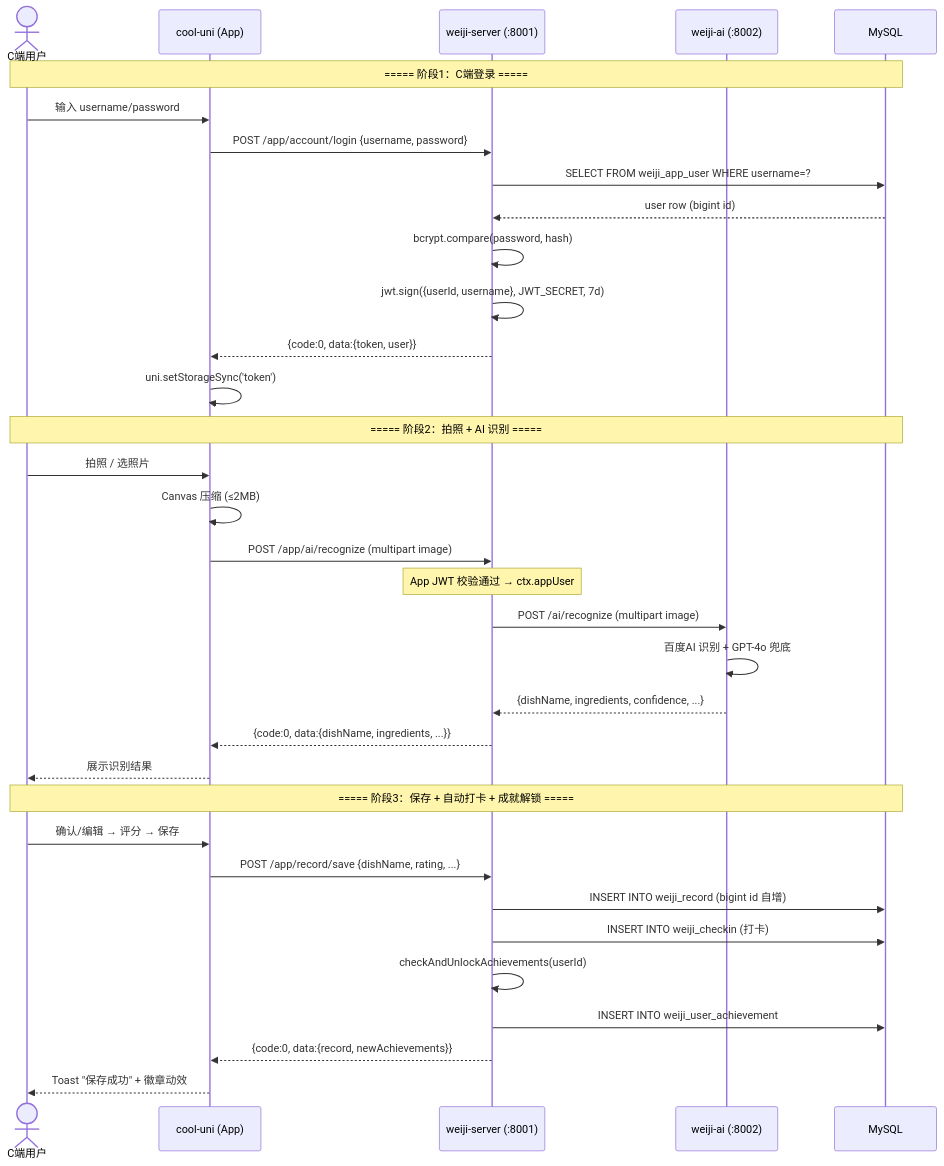
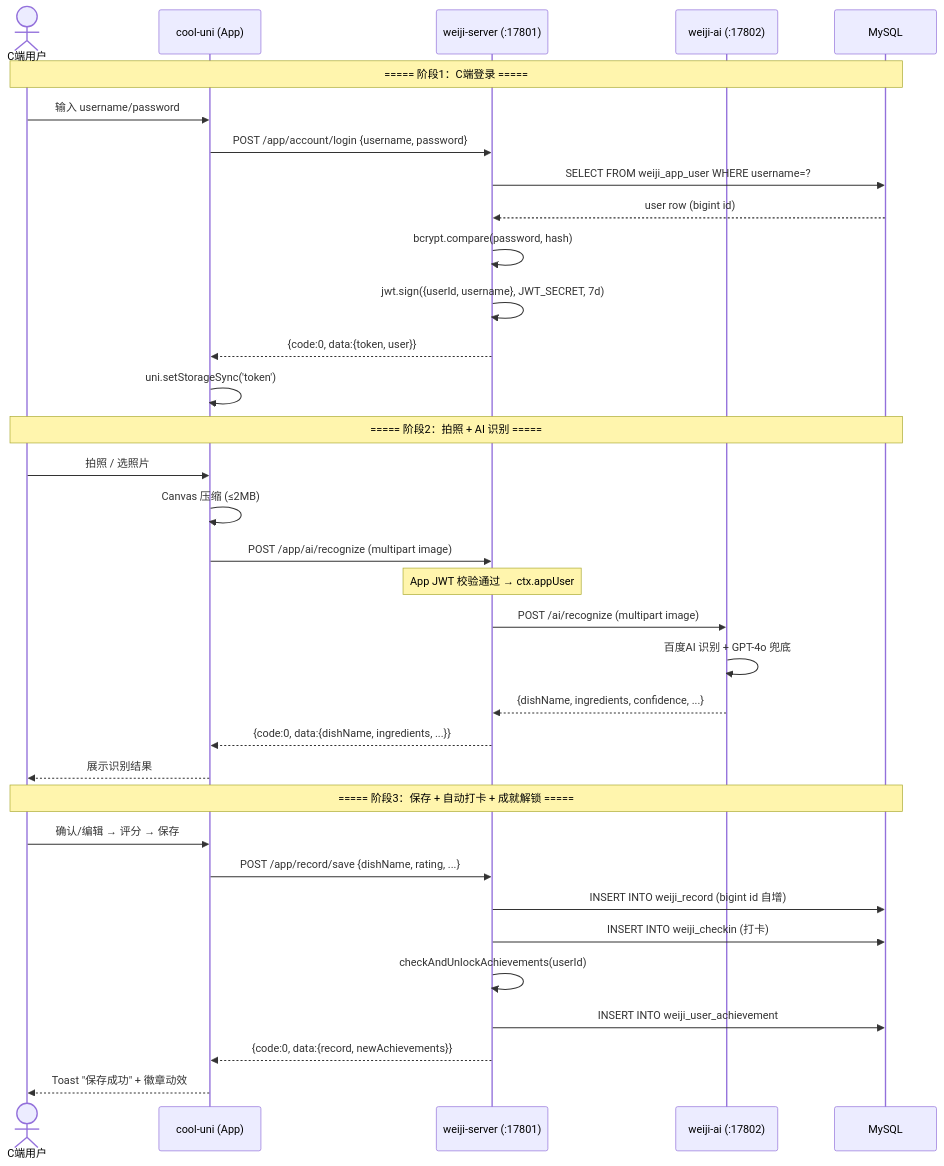
Before and after one commit to 12345VVA/AromaMemoir: the second of 4 diagrams in docs/system_design_v2.md, drawn with Mermaid. The commit also changed other lines of this file and 29 other files, not shown here.

````diff
--- a/docs/system_design_v2.md
+++ b/docs/system_design_v2.md
@@ -1764,39 +1764,39 @@
 ```mermaid
 sequenceDiagram
     actor U as C端用户
     participant FE as cool-uni (App)
-    participant BE as weiji-server (:8001)
-    participant AI as weiji-ai (:8002)
+    participant BE as weiji-server (:17801)
+    participant AI as weiji-ai (:17802)
     participant DB as MySQL
 
     Note over U,DB: ===== 阶段1：C端登录 =====
     U->>FE: 输入 username/password
     FE->>BE: POST /app/account/login {username, password}
     BE->>DB: SELECT FROM weiji_app_user WHERE username=?
     DB-->>BE: user row (bigint id)
     BE->>BE: bcrypt.compare(password, hash)
     BE->>BE: jwt.sign({userId, username}, JWT_SECRET, 7d)
     BE-->>FE: {code:0, data:{token, user}}
     FE->>FE: uni.setStorageSync('token')
 
     Note over U,DB: ===== 阶段2：拍照 + AI 识别 =====
     U->>FE: 拍照 / 选照片
     FE->>FE: Canvas 压缩 (≤2MB)
     FE->>BE: POST /app/ai/recognize (multipart image)
     Note over BE: App JWT 校验通过 → ctx.appUser
     BE->>AI: POST /ai/recognize (multipart image)
     AI->>AI: 百度AI 识别 + GPT-4o 兜底
     AI-->>BE: {dishName, ingredients, confidence, ...}
     BE-->>FE: {code:0, data:{dishName, ingredients, ...}}
     FE-->>U: 展示识别结果
 
     Note over U,DB: ===== 阶段3：保存 + 自动打卡 + 成就解锁 =====
     U->>FE: 确认/编辑 → 评分 → 保存
     FE->>BE: POST /app/record/save {dishName, rating, ...}
     BE->>DB: INSERT INTO weiji_record (bigint id 自增)
     BE->>DB: INSERT INTO weiji_checkin (打卡)
     BE->>BE: checkAndUnlockAchievements(userId)
     BE->>DB: INSERT INTO weiji_user_achievement
     BE-->>FE: {code:0, data:{record, newAchievements}}
     FE-->>U: Toast "保存成功" + 徽章动效
 ```
````
